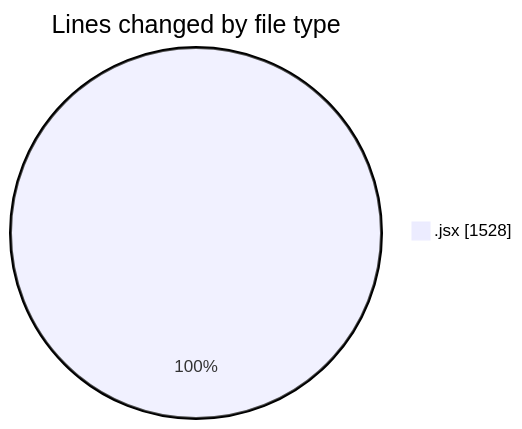
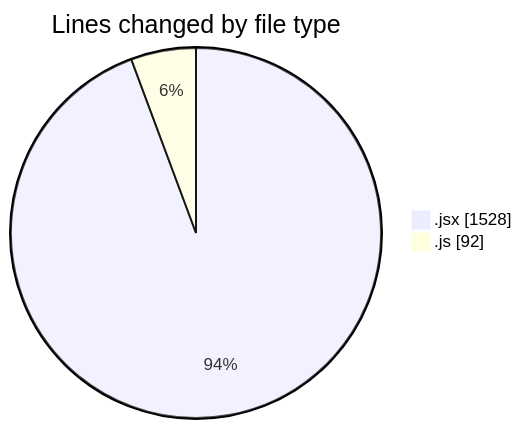
The first of 2 diagrams in 2025-05-22/nxtqube_webapp/README.md (nxtqubesakshisongat/code-tracking), drawn with Mermaid before and after one commit. The commit also changed other lines of this file and 1 other file, not shown here.

````diff
--- a/2025-05-22/nxtqube_webapp/README.md
+++ b/2025-05-22/nxtqube_webapp/README.md
@@ -20,5 +21,6 @@
 ```mermaid
 pie showData
 title Lines changed by file type
 ".jsx" : 1528
+".js" : 92
 ```
````
